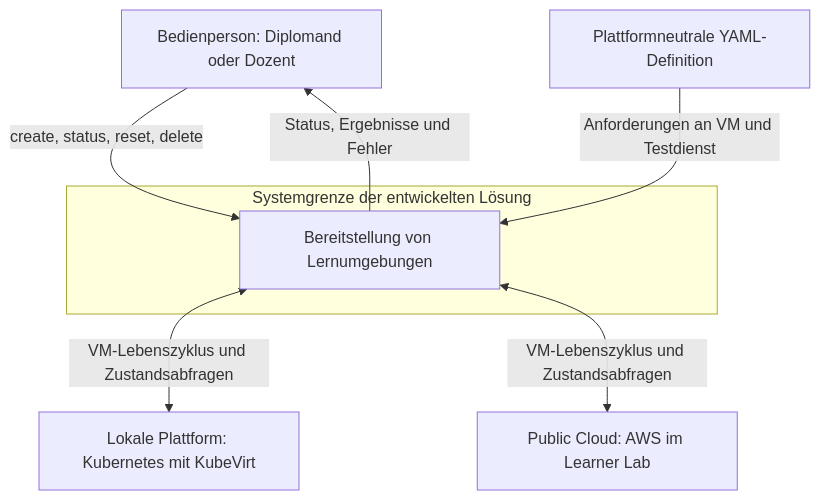
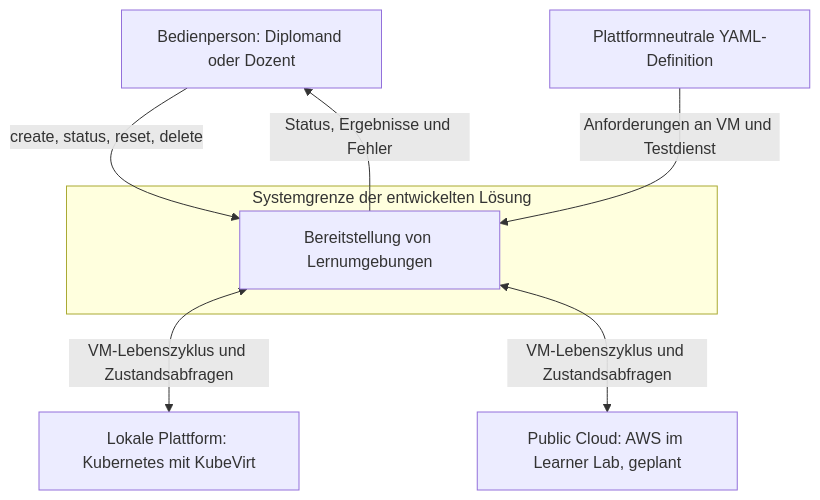
The fourth of 6 diagrams in docs/dokumentation.md (Cancani/diplomarbeit), drawn with Mermaid before and after one commit. The commit also changed other lines of this file and 1 other file, not shown here.

````diff
--- a/docs/dokumentation.md
+++ b/docs/dokumentation.md
@@ -1120,18 +1122,18 @@
 ```mermaid
 flowchart TD
     Person["Bedienperson: Diplomand oder Dozent"]
     Definition["Plattformneutrale YAML-Definition"]
 
     subgraph Grenze["Systemgrenze der entwickelten Lösung"]
         System["Bereitstellung von Lernumgebungen"]
     end
 
     Lokal["Lokale Plattform: Kubernetes mit KubeVirt"]
-    Cloud["Public Cloud: AWS im Learner Lab"]
+    Cloud["Public Cloud: AWS im Learner Lab, geplant"]
 
     Person -->|"create, status, reset, delete"| System
     Definition -->|"Anforderungen an VM und Testdienst"| System
     System -->|"Status, Ergebnisse und Fehler"| Person
     System <-->|"VM-Lebenszyklus und Zustandsabfragen"| Lokal
     System <-->|"VM-Lebenszyklus und Zustandsabfragen"| Cloud
 ```
````
